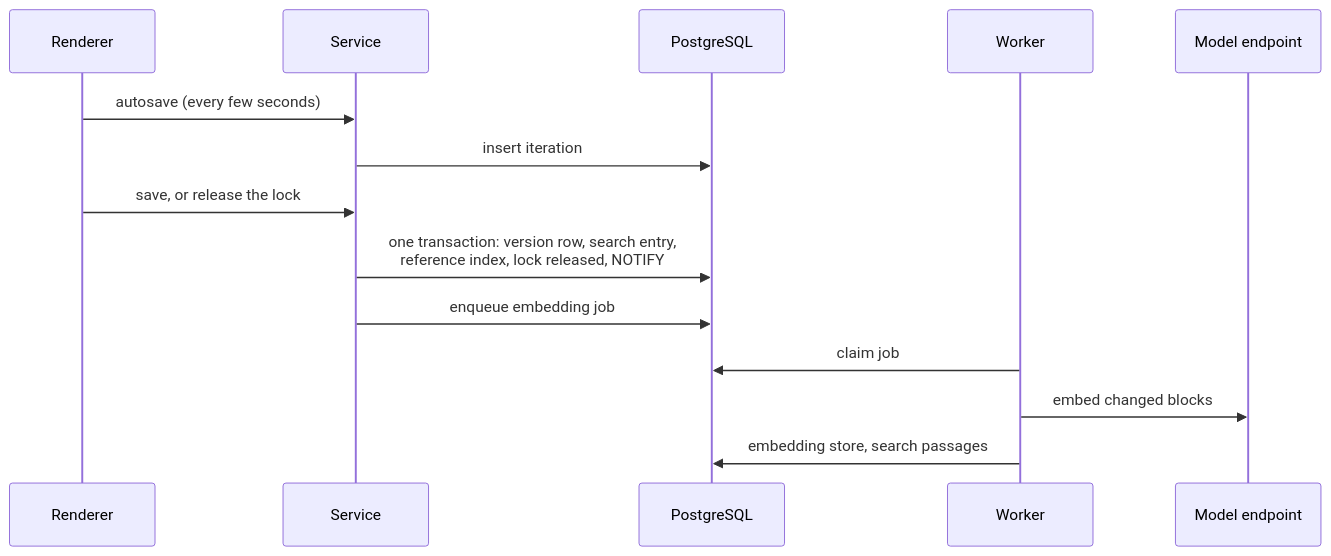
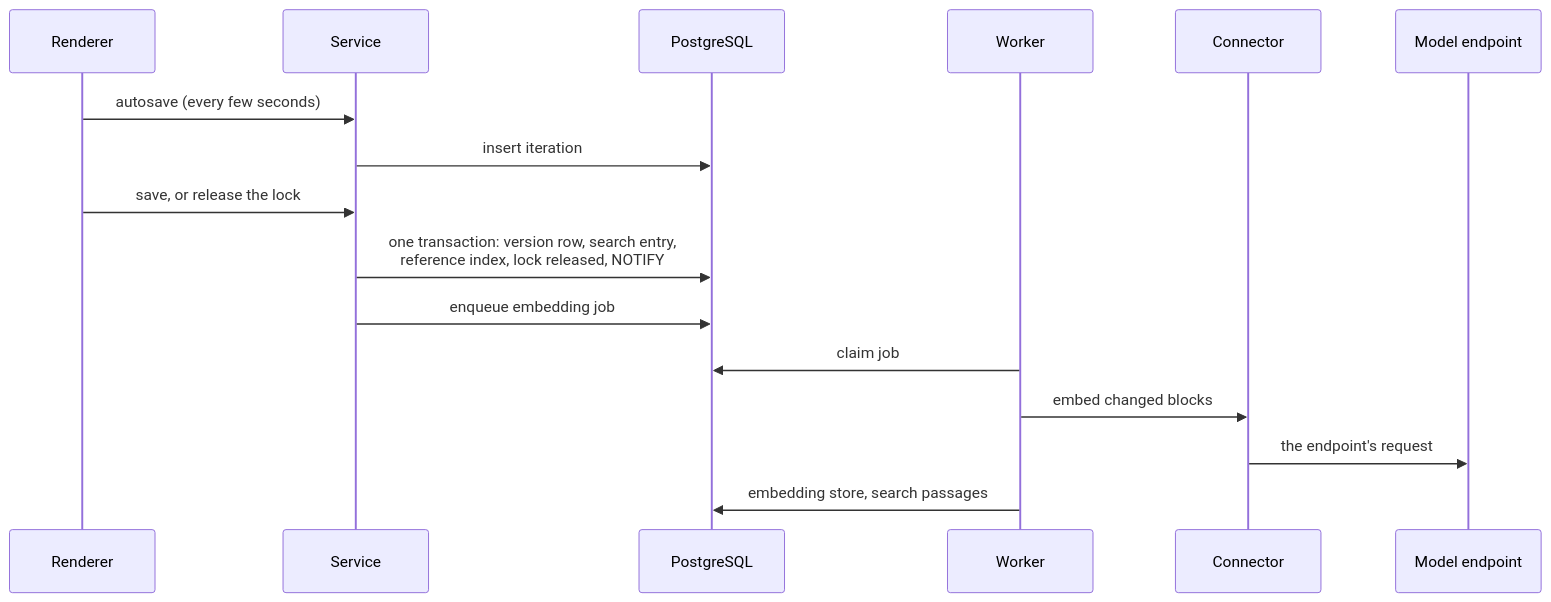
One commit to kenhayward/alloy-works changed the third of 4 diagrams in docs/design/system.md. Above: the diagram before and after it, drawn with Mermaid. The commit also changed other lines of this file and 6 other files, not shown here.

````diff
--- a/docs/design/system.md
+++ b/docs/design/system.md
@@ -117,16 +118,18 @@
 ```mermaid
 sequenceDiagram
     participant R as Renderer
     participant S as Service
     participant D as PostgreSQL
     participant W as Worker
+    participant C as Connector
     participant M as Model endpoint
     R->>S: autosave (every few seconds)
     S->>D: insert iteration
     R->>S: save, or release the lock
     S->>D: one transaction: version row, search entry,<br/>reference index, lock released, NOTIFY
     S->>D: enqueue embedding job
     W->>D: claim job
-    W->>M: embed changed blocks
+    W->>C: embed changed blocks
+    C->>M: the endpoint's request
     W->>D: embedding store, search passages
 ```
````
